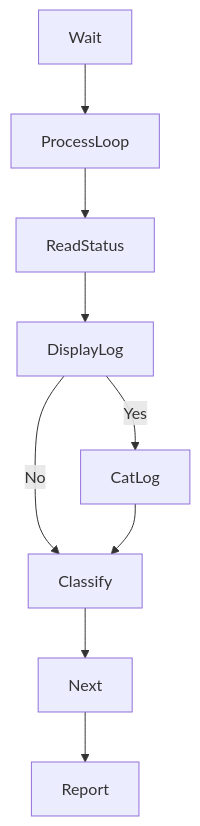
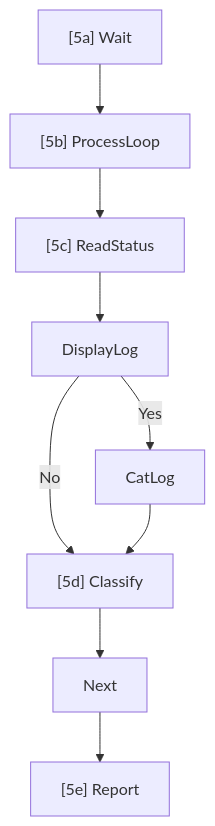
The fifth of 5 diagrams in git_repomgr/git_autosync_CHARTS.md (mshedsilegx/devops), drawn with Mermaid before and after one commit. The commit also changed other lines of this file and 1 other file, not shown here.

````diff
--- a/git_repomgr/git_autosync_CHARTS.md
+++ b/git_repomgr/git_autosync_CHARTS.md
@@ -133,11 +134,11 @@
 ```mermaid
 graph TD
-Wait --> ProcessLoop
-ProcessLoop --> ReadStatus
+Wait["[5a] Wait"] --> ProcessLoop["[5b] ProcessLoop"]
+ProcessLoop --> ReadStatus["[5c] ReadStatus"]
 ReadStatus --> DisplayLog
 DisplayLog -- Yes --> CatLog
-DisplayLog -- No --> Classify
+DisplayLog -- No --> Classify["[5d] Classify"]
 CatLog --> Classify
 Classify --> Next
-Next --> Report
+Next --> Report["[5e] Report"]
 ```
````
